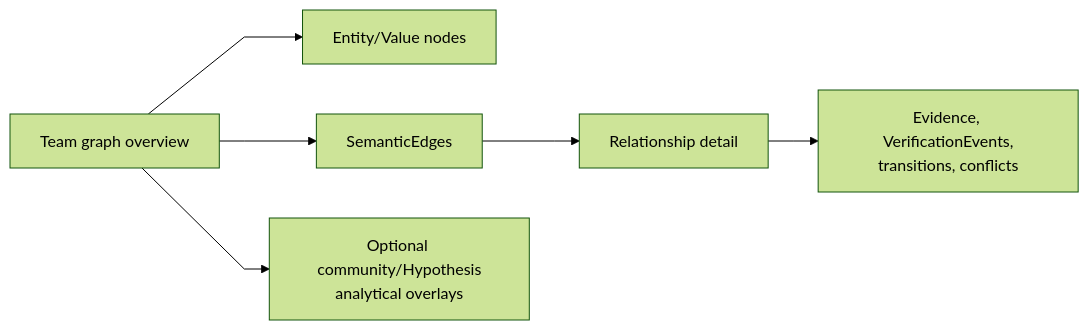
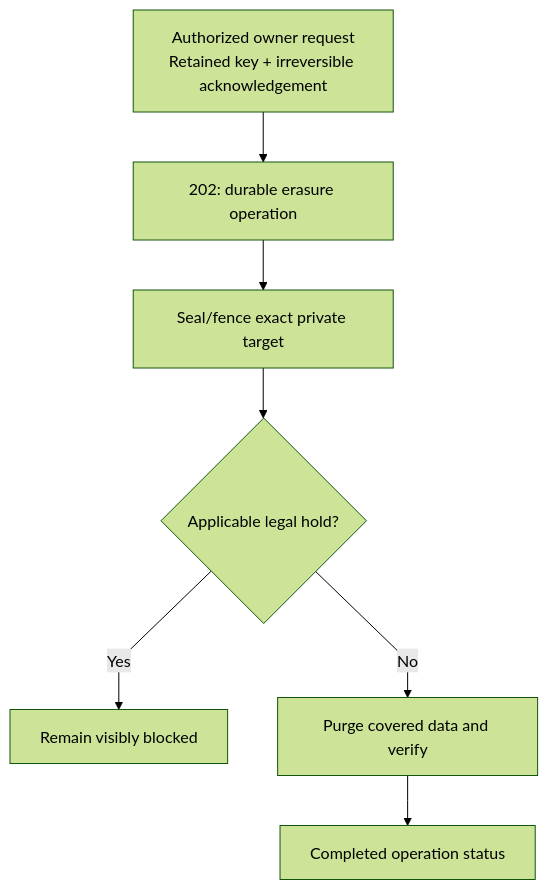
The second of 2 diagrams in Portals-And-API-Keys.md (markhuangai/dense-mem), drawn with Mermaid (forest theme) before and after one commit. The commit also changed other lines of this file and 34 other files, not shown here.

````diff
--- a/Portals-And-API-Keys.md
+++ b/Portals-And-API-Keys.md
@@ -93,9 +85,10 @@
 ```mermaid
 %%{init: {"flowchart": {"curve": "linear"}}}%%
-flowchart LR
-  Overview["Team graph overview"] --> Entity["Entity/Value nodes"]
-  Overview --> Edge["SemanticEdges"]
-  Edge --> Detail["Relationship detail"]
-  Detail --> Trace["Evidence, VerificationEvents,<br/>transitions, conflicts"]
-  Overview --> Overlay["Optional community/Hypothesis<br/>analytical overlays"]
+flowchart TB
+  Owner["Authorized owner request<br/>Retained key + irreversible acknowledgement"] --> Queue["202: durable erasure operation"]
+  Queue --> Seal["Seal/fence exact private target"]
+  Seal --> Holds{"Applicable legal hold?"}
+  Holds -->|"Yes"| Wait["Remain visibly blocked"]
+  Holds -->|"No"| Purge["Purge covered data and verify"]
+  Purge --> Done["Completed operation status"]
 ```
````
